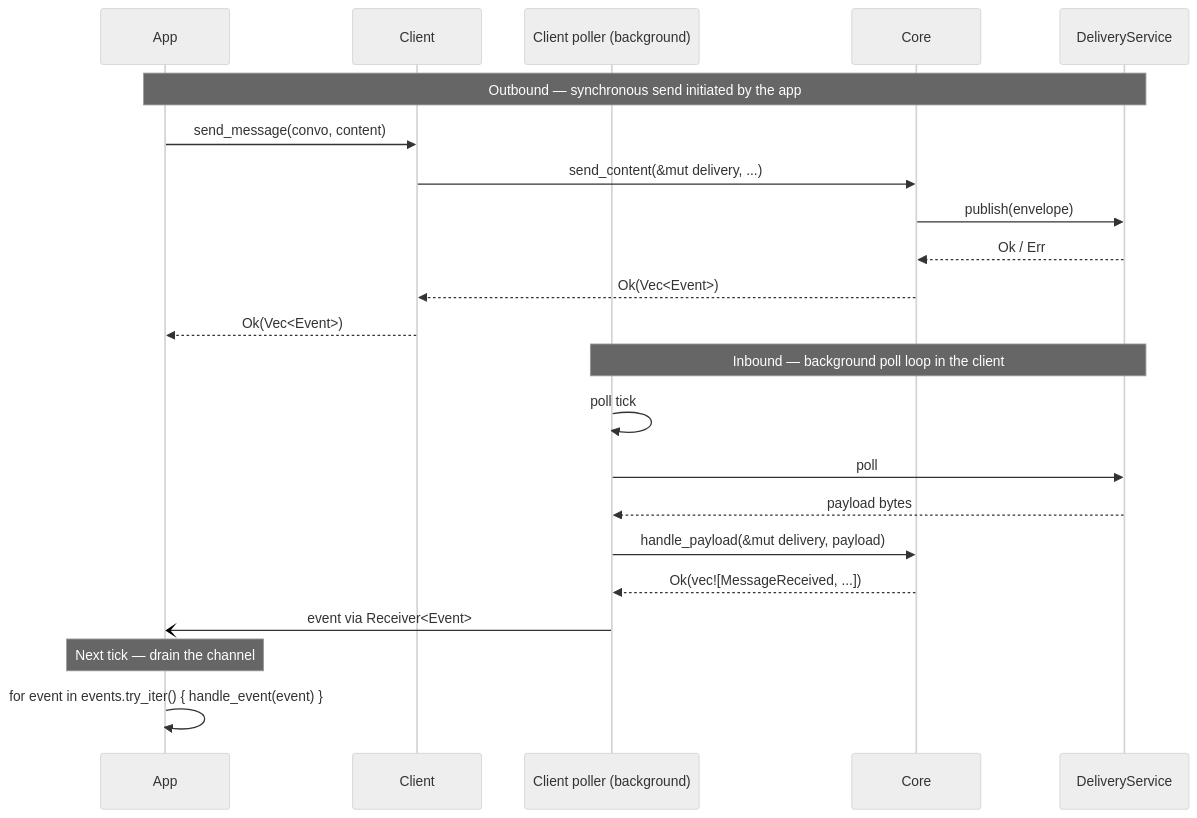
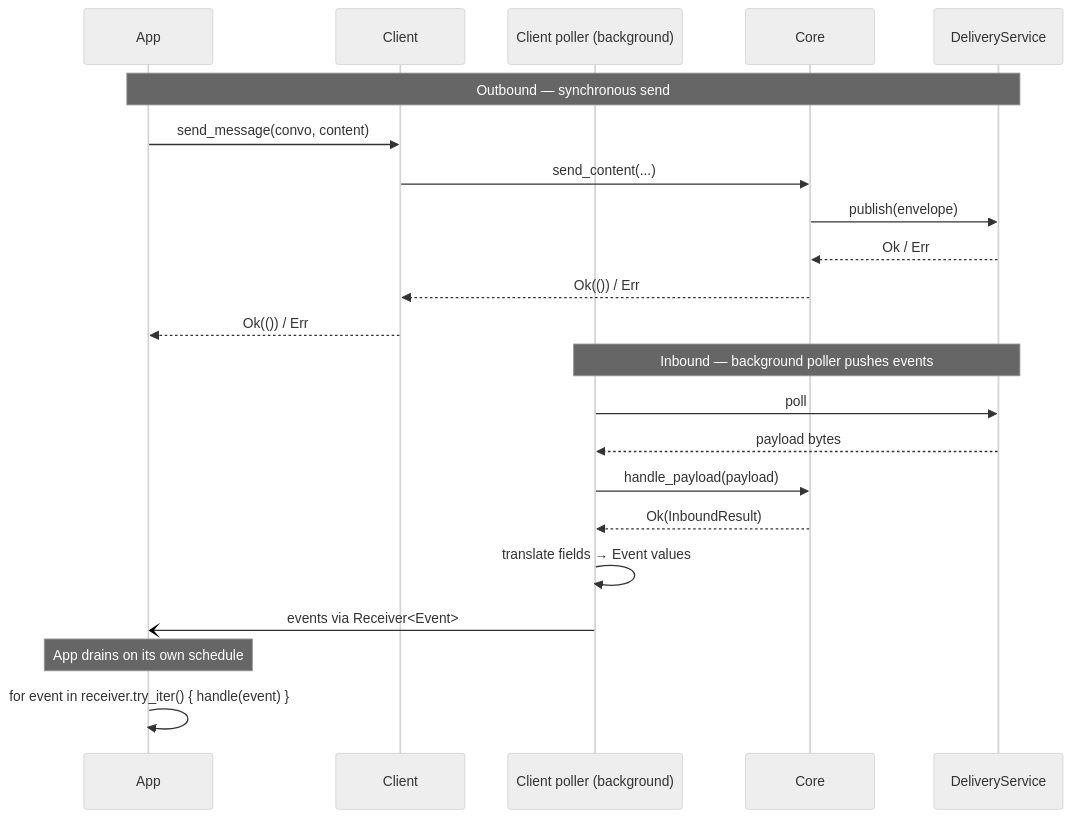
One commit to logos-messaging/libchat changed the second of 2 diagrams in docs/adr/0001-client-event-system.md. Above: the diagram before and after it, drawn with Mermaid (neutral theme). The commit also changed other lines of this file and 21 other files, not shown here.

First line of the commit message:
feat: introduce client event system

````diff
--- a/docs/adr/0001-client-event-system.md
+++ b/docs/adr/0001-client-event-system.md
@@ -275,27 +58,27 @@
 ```mermaid
 sequenceDiagram
     participant App
     participant Client
     participant Poller as Client poller (background)
     participant Core
     participant Delivery as DeliveryService
 
-    Note over App,Delivery: Outbound — synchronous send initiated by the app
+    Note over App,Delivery: Outbound — synchronous send
     App->>Client: send_message(convo, content)
-    Client->>Core: send_content(&mut delivery, ...)
+    Client->>Core: send_content(...)
     Core->>Delivery: publish(envelope)
     Delivery-->>Core: Ok / Err
-    Core-->>Client: Ok(Vec<Event>)
-    Client-->>App: Ok(Vec<Event>)
+    Core-->>Client: Ok(()) / Err
+    Client-->>App: Ok(()) / Err
 
-    Note over Poller,Delivery: Inbound — background poll loop in the client
-    Poller->>Poller: poll tick
+    Note over Poller,Delivery: Inbound — background poller pushes events
     Poller->>Delivery: poll
     Delivery-->>Poller: payload bytes
-    Poller->>Core: handle_payload(&mut delivery, payload)
-    Core-->>Poller: Ok(vec![MessageReceived, ...])
-    Poller-)App: event via Receiver<Event>
+    Poller->>Core: handle_payload(payload)
+    Core-->>Poller: Ok(InboundResult)
+    Poller->>Poller: translate fields → Event values
+    Poller-)App: events via Receiver<Event>
 
-    Note over App: Next tick — drain the channel
-    App->>App: for event in events.try_iter() { handle_event(event) }
+    Note over App: App drains on its own schedule
+    App->>App: for event in receiver.try_iter() { handle(event) }
 ```
````
